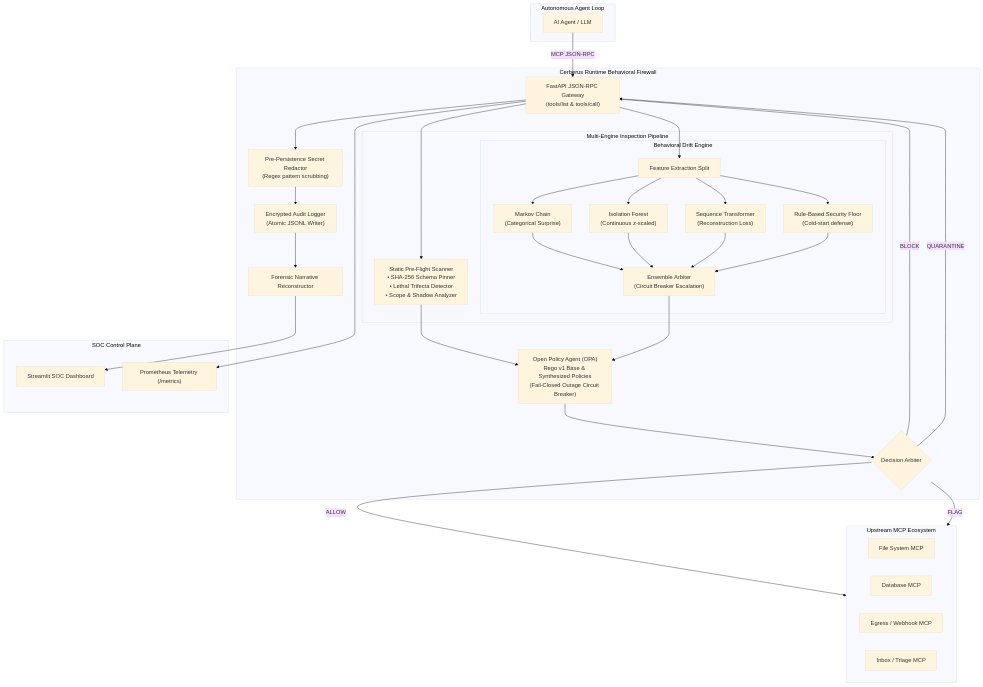
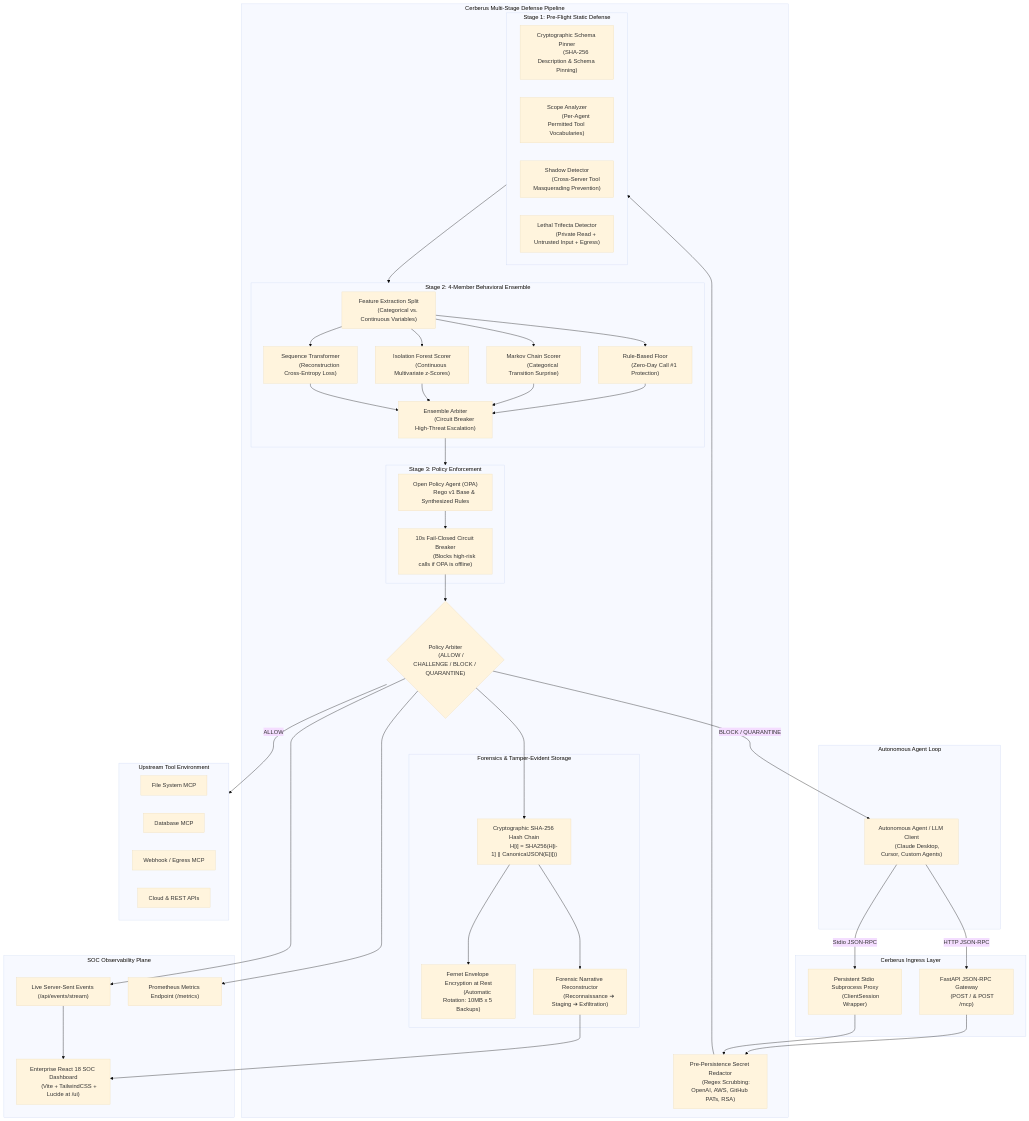
The second of 4 diagrams in README.md (Debddj/Cerberus), drawn with Mermaid (base theme) before and after one commit. The commit also changed other lines of this file, not shown here.

Commit message:
docs: overhaul README with architecture diagrams, React SOC console, and mathematical formulations

````diff
--- a/README.md
+++ b/README.md
@@ -70,85 +100,114 @@
 ```mermaid
 flowchart TD
-    subgraph AgentSpace["Autonomous Agent Loop"]
-        Agent["AI Agent / LLM"]
+    subgraph ClientSpace["Autonomous Agent Loop"]
+        Agent["Autonomous Agent / LLM Client
+        (Claude Desktop, Cursor, Custom Agents)"]
     end
 
-    subgraph CerberusGateway["Cerberus Runtime Behavioral Firewall"]
-        Proxy["FastAPI JSON-RPC Gateway
-(tools/list & tools/call)"]
+    subgraph DualTransport["Cerberus Ingress Layer"]
+        HTTPProxy["FastAPI JSON-RPC Gateway
+        (POST / & POST /mcp)"]
+        StdioProxy["Persistent Stdio Subprocess Proxy
+        (ClientSession Wrapper)"]
+    end
+
+    subgraph DefensePipeline["Cerberus Multi-Stage Defense Pipeline"]
         Redactor["Pre-Persistence Secret Redactor
-(Regex pattern scrubbing)"]
-        
-        subgraph DetectionEngines["Multi-Engine Inspection Pipeline"]
-            Static["Static Pre-Flight Scanner
-• SHA-256 Schema Pinner
-• Lethal Trifecta Detector
-• Scope & Shadow Analyzer"]
-            
-            subgraph Behavioral["Behavioral Drift Engine"]
-                Features["Feature Extraction Split"]
-                Markov["Markov Chain
-(Categorical Surprise)"]
-                IF["Isolation Forest
-(Continuous z-scaled)"]
-                Trans["Sequence Transformer
-(Reconstruction Loss)"]
-                Rules["Rule-Based Security Floor
-(Cold-start defense)"]
-                Ensemble["Ensemble Arbiter
-(Circuit Breaker Escalation)"]
-            end
+        (Regex Scrubbing: OpenAI, AWS, GitHub PATs, RSA)"]
+
+        subgraph PreFlight["Stage 1: Pre-Flight Static Defense"]
+            Pinner["Cryptographic Schema Pinner
+            (SHA-256 Description & Schema Pinning)"]
+            Scope["Scope Analyzer
+            (Per-Agent Permitted Tool Vocabularies)"]
+            Shadow["Shadow Detector
+            (Cross-Server Tool Masquerading Prevention)"]
+            Trifecta["Lethal Trifecta Detector
+            (Private Read + Untrusted Input + Egress)"]
         end
 
-        OPA["Open Policy Agent (OPA)
-Rego v1 Base & Synthesized Policies
-(Fail-Closed Outage Circuit Breaker)"]
-        Decide{"Decision Arbiter"}
-        
-        Logger["Encrypted Audit Logger
-(Atomic JSONL Writer)"]
-        Narrator["Forensic Narrative Reconstructor"]
+        subgraph Behavioral["Stage 2: 4-Member Behavioral Ensemble"]
+            Features["Feature Extraction Split
+            (Categorical vs. Continuous Variables)"]
+            RuleFloor["Rule-Based Floor
+            (Zero-Day Call #1 Protection)"]
+            Markov["Markov Chain Scorer
+            (Categorical Transition Surprise)"]
+            IF["Isolation Forest Scorer
+            (Continuous Multivariate z-Scores)"]
+            Transformer["Sequence Transformer
+            (Reconstruction Cross-Entropy Loss)"]
+            Arbiter["Ensemble Arbiter
+            (Circuit Breaker High-Threat Escalation)"]
+        end
+
+        subgraph PolicyEngine["Stage 3: Policy Enforcement"]
+            OPA["Open Policy Agent (OPA)
+            Rego v1 Base & Synthesized Rules"]
+            CircuitBreaker["10s Fail-Closed Circuit Breaker
+            (Blocks high-risk calls if OPA is offline)"]
+        end
+
+        Decision{"Policy Arbiter
+        (ALLOW / CHALLENGE / BLOCK / QUARANTINE)"}
+
+        subgraph AuditDefense["Forensics & Tamper-Evident Storage"]
+            Ledger["Cryptographic SHA-256 Hash Chain
+            H[i] = SHA256(H[i-1] || CanonicalJSON(E[i]))"]
+            Fernet["Fernet Envelope Encryption at Rest
+            (Automatic Rotation: 10MB x 5 Backups)"]
+            Narrator["Forensic Narrative Reconstructor
+            (Reconnaissance ➔ Staging ➔ Exfiltration)"]
+        end
     end
 
-    subgraph Sandbox["Upstream MCP Ecosystem"]
-        MCP1["File System MCP"]
-        MCP2["Database MCP"]
-        MCP3["Egress / Webhook MCP"]
-        MCP4["Inbox / Triage MCP"]
+    subgraph UpstreamEcosystem["Upstream Tool Environment"]
+        FS["File System MCP"]
+        DB["Database MCP"]
+        Web["Webhook / Egress MCP"]
+        API["Cloud & REST APIs"]
     end
 
-    subgraph Observability["SOC Control Plane"]
-        Dashboard["Streamlit SOC Dashboard"]
-        Prom["Prometheus Telemetry (/metrics)"]
+    subgraph SOCControlPlane["SOC Observability Plane"]
+        ReactUI["Enterprise React 18 SOC Dashboard
+        (Vite + TailwindCSS + Lucide at /ui)"]
+        SSEStream["Live Server-Sent Events (/api/events/stream)"]
+        Prometheus["Prometheus Metrics Endpoint (/metrics)"]
     end
 
-    %% Flow connections
-    Agent -->|MCP JSON-RPC| Proxy
-    Proxy --> Redactor
-    Redactor --> Logger
-    Proxy --> Static
-    Proxy --> Features
-    
+    %% Ingress Flow
+    Agent -->|HTTP JSON-RPC| HTTPProxy
+    Agent -->|Stdio JSON-RPC| StdioProxy
+
+    HTTPProxy --> Redactor
+    StdioProxy --> Redactor
+    Redactor --> PreFlight
+    PreFlight --> Behavioral
+
+    Features --> RuleFloor
     Features --> Markov
     Features --> IF
-    Features --> Trans
-    Features --> Rules
-    
-    Markov --> Ensemble
-    IF --> Ensemble
-    Trans --> Ensemble
-    Rules --> Ensemble
-    
-    Static --> OPA
-    Ensemble --> OPA
-    OPA --> Decide
+    Features --> Transformer
 
-    Decide -->|ALLOW| Sandbox
-    Decide -->|FLAG| Sandbox
-    Decide -->|BLOCK| Proxy
-    Decide -->|QUARANTINE| Proxy
+    RuleFloor --> Arbiter
+    Markov --> Arbiter
+    IF --> Arbiter
+    Transformer --> Arbiter
 
-    Logger --> Narrator
-    Narrator --> Dashboard
-    Proxy --> Prom
+    Arbiter --> PolicyEngine
+    OPA --> CircuitBreaker
+    CircuitBreaker --> Decision
+
+    %% Decision Outcomes
+    Decision -->|ALLOW| UpstreamEcosystem
+    Decision -->|BLOCK / QUARANTINE| Agent
+    Decision --> Ledger
+    Ledger --> Fernet
+
+    %% Telemetry & Observability
+    Ledger --> Narrator
+    Narrator --> ReactUI
+    Decision --> SSEStream
+    SSEStream --> ReactUI
+    Decision --> Prometheus
 ```
````
